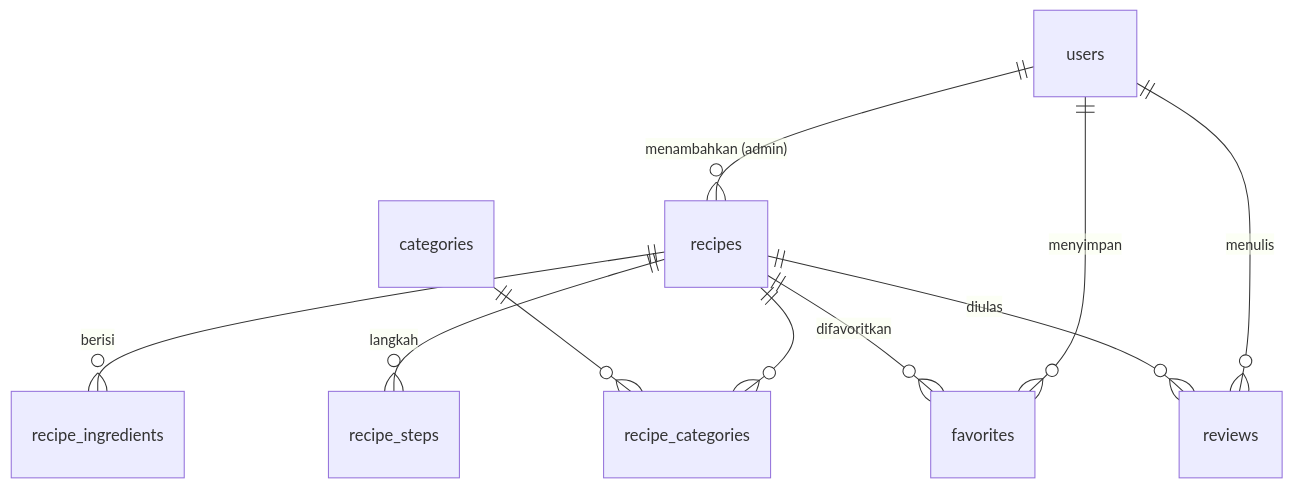
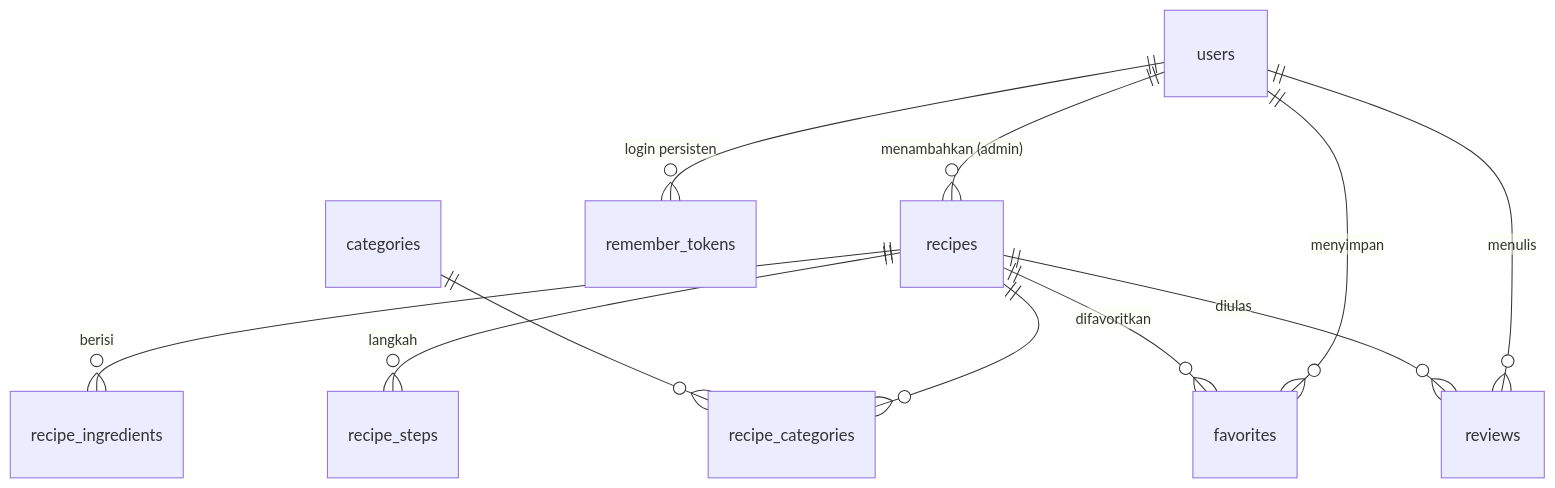
Before and after one commit to Krupip/FoodHub: the diagram in database/README.md, drawn with Mermaid. The commit also changed other lines of this file and 10 other files, not shown here.

Commit message:
feat(auth): melengkapi flow autentikasi

````diff
--- a/database/README.md
+++ b/database/README.md
@@ -43,12 +50,13 @@
 ```mermaid
 erDiagram
     users ||--o{ recipes : "menambahkan (admin)"
     users ||--o{ favorites : menyimpan
     users ||--o{ reviews : menulis
+    users ||--o{ remember_tokens : "login persisten"
     recipes ||--o{ recipe_categories : ""
     categories ||--o{ recipe_categories : ""
     recipes ||--o{ recipe_ingredients : berisi
     recipes ||--o{ recipe_steps : langkah
     recipes ||--o{ favorites : difavoritkan
     recipes ||--o{ reviews : diulas
 ```
````
